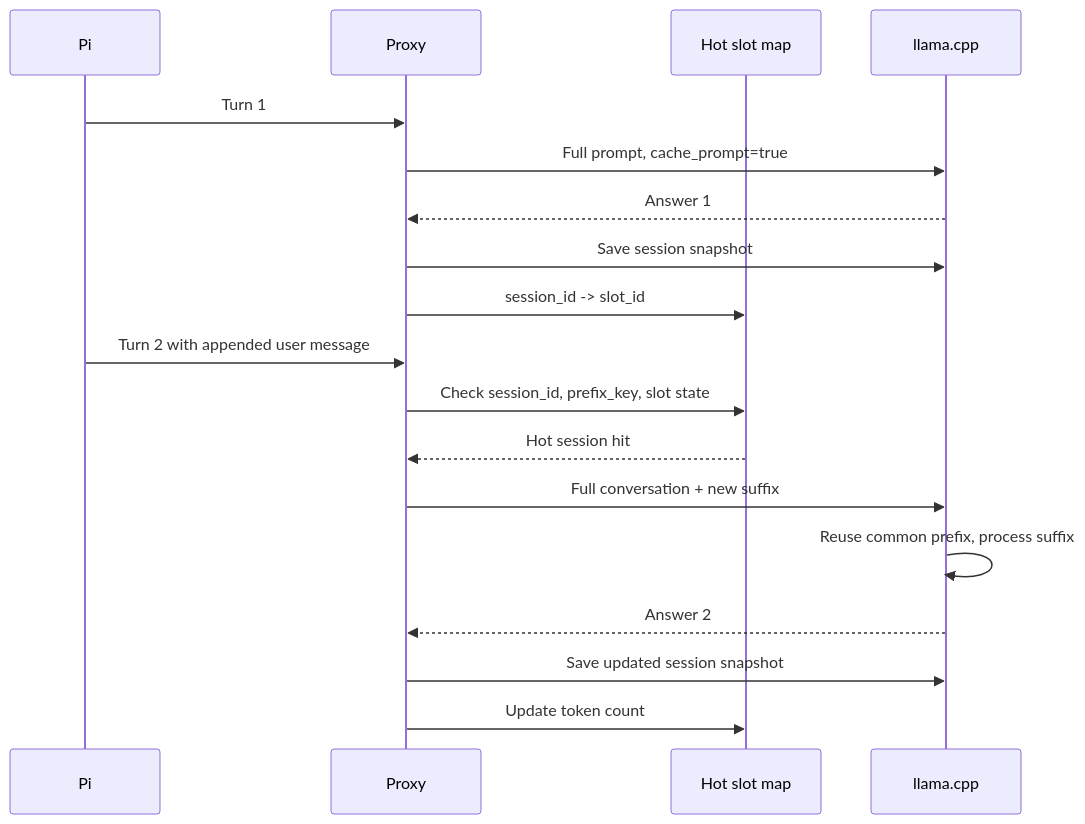
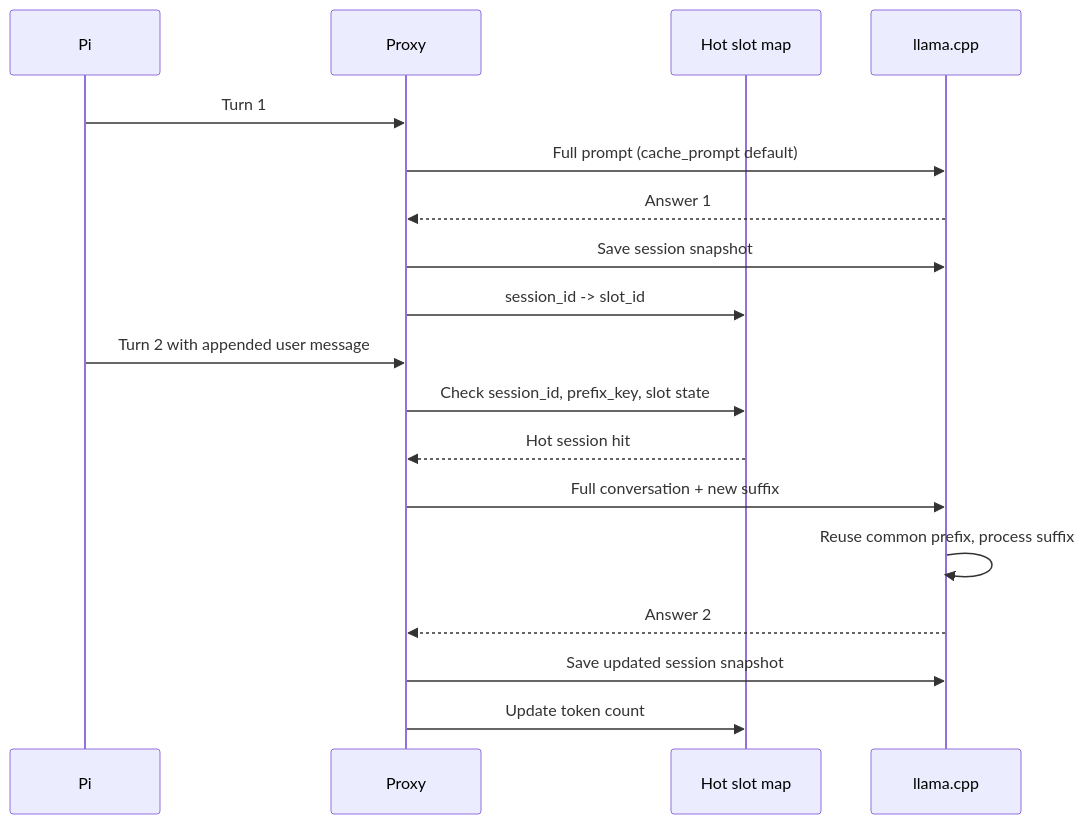
One commit to xqliu/local-llm-kv-cache changed the sixth of 8 diagrams in DESIGN.md. Above: the diagram before and after it, drawn with Mermaid. The commit also changed other lines of this file and 5 other files, not shown here.

Commit message:
fix: preserve native prompt cache across slot restore

```diff
--- a/DESIGN.md
+++ b/DESIGN.md
@@ -250,22 +256,22 @@
 ~~~mermaid
 sequenceDiagram
     participant C as Pi
     participant P as Proxy
     participant M as Hot slot map
     participant L as llama.cpp
 
     C->>P: Turn 1
-    P->>L: Full prompt, cache_prompt=true
+    P->>L: Full prompt (cache_prompt default)
     L-->>P: Answer 1
     P->>L: Save session snapshot
     P->>M: session_id -> slot_id
 
     C->>P: Turn 2 with appended user message
     P->>M: Check session_id, prefix_key, slot state
     M-->>P: Hot session hit
     P->>L: Full conversation + new suffix
     L->>L: Reuse common prefix, process suffix
     L-->>P: Answer 2
     P->>L: Save updated session snapshot
     P->>M: Update token count
 ~~~
```
